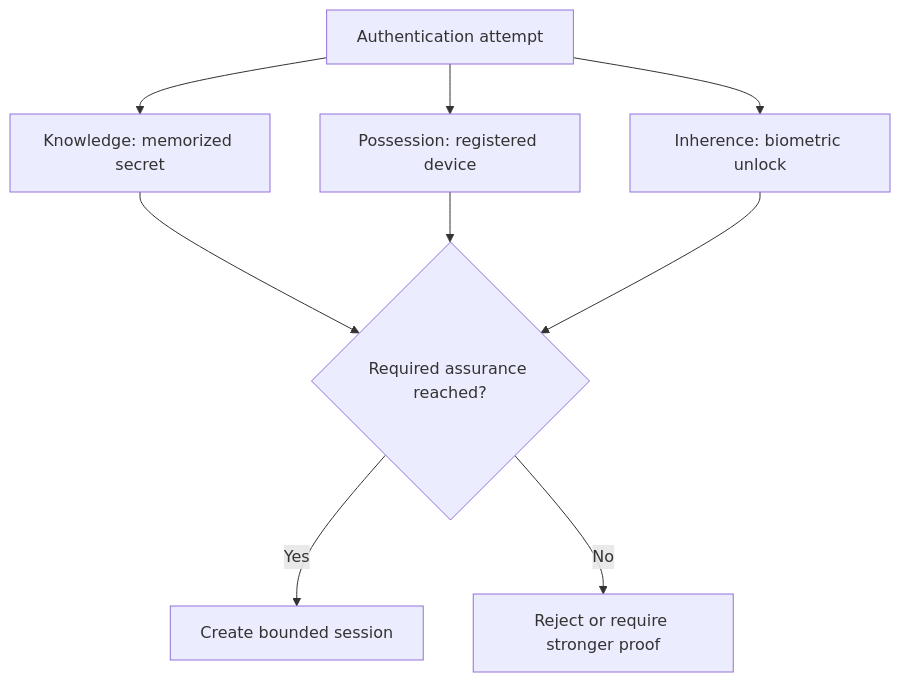
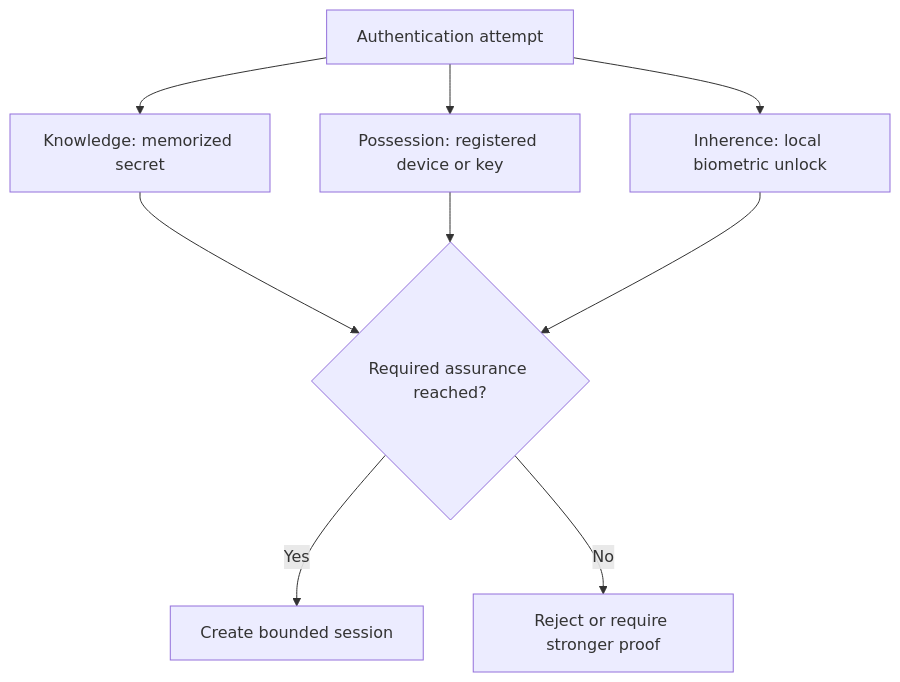
Before and after one commit to joydasss/Architect: the third of 13 diagrams in 15_Security/CH02_Authentication.md, drawn with Mermaid. The commit also changed other lines of this file and 295 other files, not shown here.

````diff
--- a/15_Security/CH02_Authentication.md
+++ b/15_Security/CH02_Authentication.md
@@ -26,11 +119,11 @@
 ```mermaid
 flowchart TD
-    Login[Authentication attempt] --> Factor1[Knowledge: memorized secret]
-    Login --> Factor2[Possession: registered device]
-    Login --> Factor3[Inherence: biometric unlock]
-    Factor1 --> Policy{Required assurance reached?}
+    Login["Authentication attempt"] --> Factor1["Knowledge: memorized secret"]
+    Login --> Factor2["Possession: registered device or key"]
+    Login --> Factor3["Inherence: local biometric unlock"]
+    Factor1 --> Policy{"Required assurance reached?"}
     Factor2 --> Policy
     Factor3 --> Policy
-    Policy -->|Yes| Session[Create bounded session]
-    Policy -->|No| Deny[Reject or require stronger proof]
+    Policy -->|Yes| Session["Create bounded session"]
+    Policy -->|No| Deny["Reject or require stronger proof"]
 ```
````
